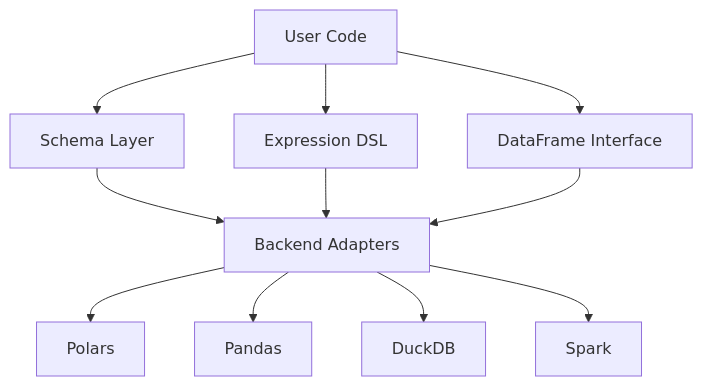
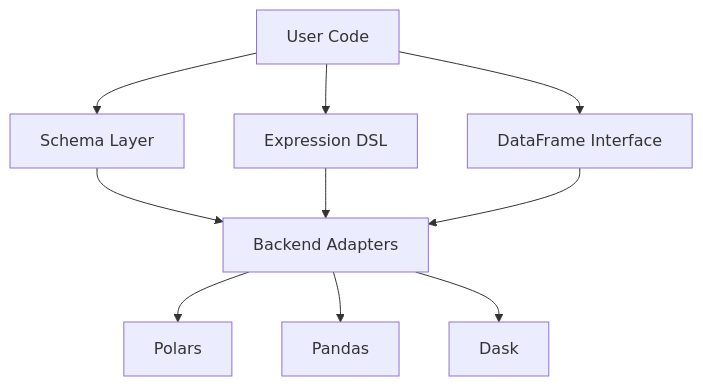
One commit to jwde/colnade changed the diagram in docs/user-guide/core-concepts.md. Above: the diagram before and after it, drawn with Mermaid. The commit also changed other lines of this file and 6 other files, not shown here.

````diff
--- a/docs/user-guide/core-concepts.md
+++ b/docs/user-guide/core-concepts.md
@@ -7,13 +7,12 @@
 ```mermaid
 graph TD
   A["User Code"] --> B["Schema Layer"]
   A --> C["Expression DSL"]
   A --> D["DataFrame Interface"]
   B --> E["Backend Adapters"]
   C --> E
   D --> E
   E --> F["Polars"]
   E --> G["Pandas"]
-  E --> H["DuckDB"]
-  E --> I["Spark"]
+  E --> H["Dask"]
 ```
````
